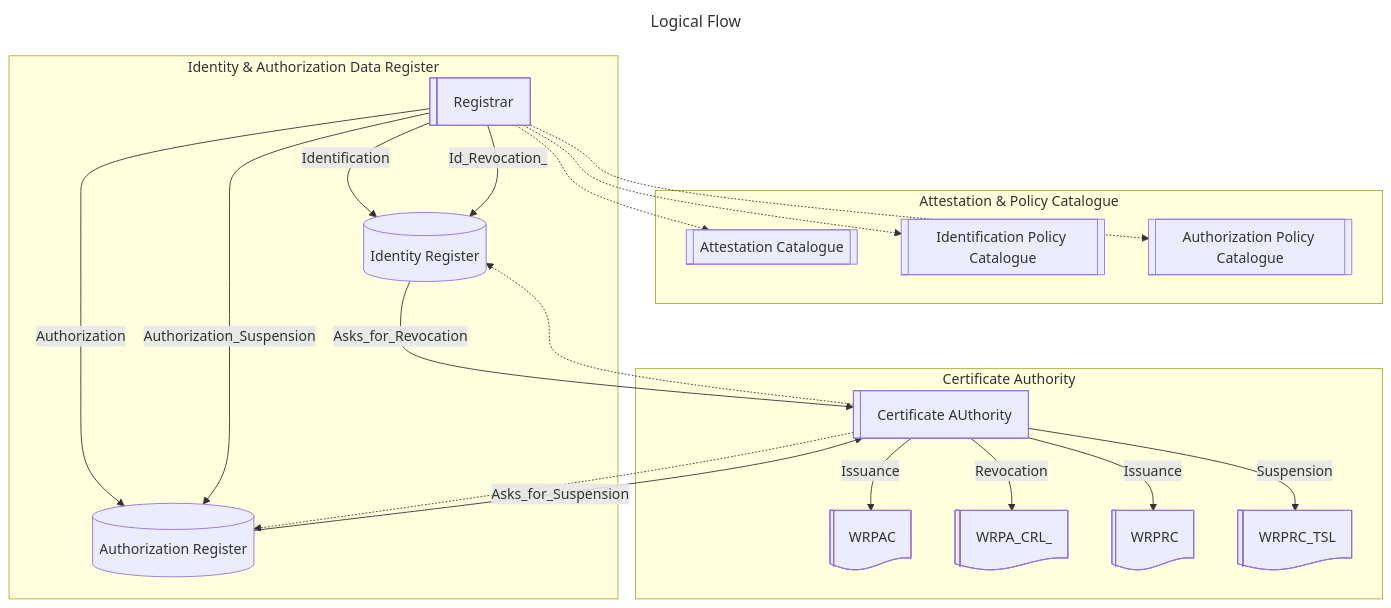
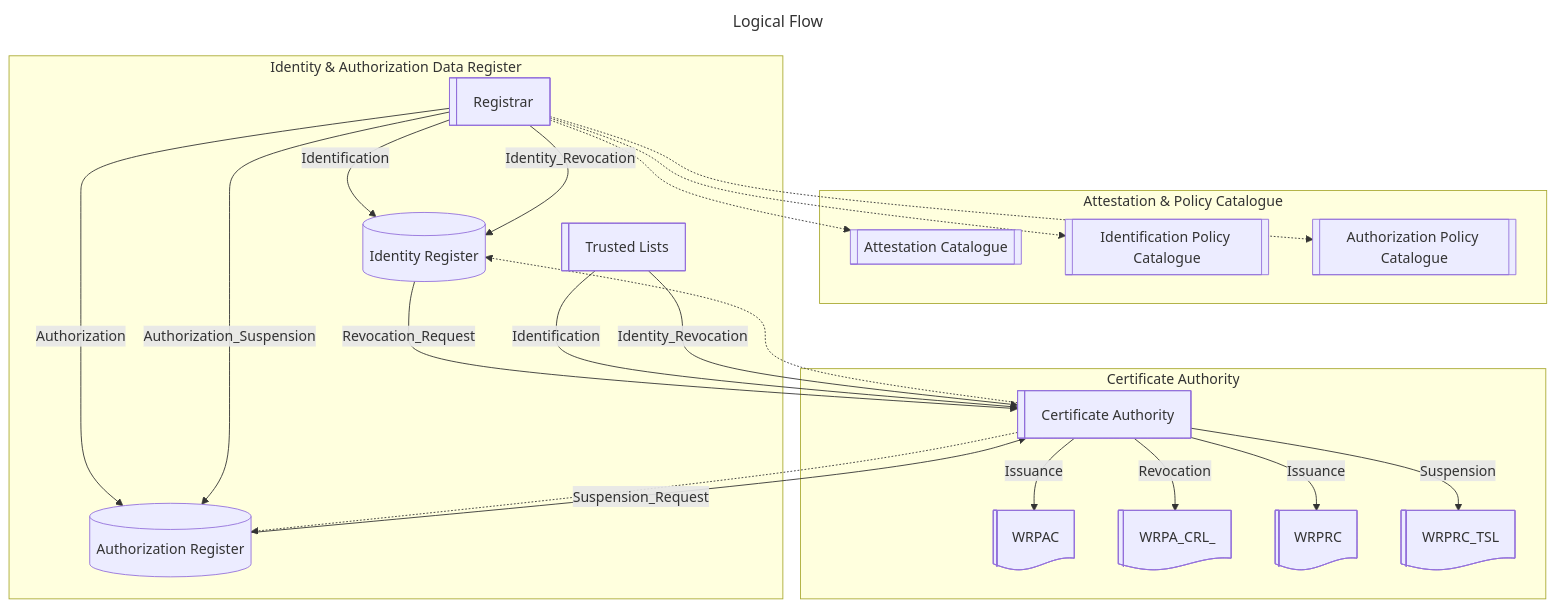
The second of 3 diagrams in topics/trust-management-process.md (APTITUDE-Consortium/wp2-trust-specifications), drawn with Mermaid before and after one commit. The commit also changed other lines of this file, not shown here.

````diff
--- a/topics/trust-management-process.md
+++ b/topics/trust-management-process.md
@@ -57,42 +57,45 @@
 ```mermaid graph
 ---
 title: Logical Flow
 ---
 flowchart TD 
 subgraph Cred_Def["Attestation & Policy Catalogue"]
         Cred[["Attestation Catalogue"]]
         IDPol[["Identification Policy Catalogue"]]
         CredPol[["Authorization Policy Catalogue"]]
 end
 subgraph Register["Identity & Authorization Data Register"]
         IDReg@{shape: cyl, label: "Identity Register" }
         AuthReg@{shape: cyl, label: "Authorization Register"}
         Registrar@{shape: lin-rect, label: "Registrar" }
+        TL@{shape: lin-rect, label: "Trusted Lists" }
 end
 subgraph C_A["Certificate Authority"]
         WRPAC@{ shape: lin-doc, label: "WRPAC" }
         WRPAC_CRL@{ shape: lin-doc, label: "WRPA_CRL_" }
         WRPRC@{ shape: lin-doc, label: "WRPRC" }
         WRPRC_TSL@{ shape: lin-doc, label: "WRPRC_TSL" }
-        CA@{shape: lin-rect, label: "Certificate AUthority" }
+        CA@{shape: lin-rect, label: "Certificate Authority" }
 end
 
     Registrar-->|Identification|IDReg
-    Registrar-->|Id_Revocation_|IDReg
+    Registrar-->|Identity_Revocation|IDReg
     Registrar-.->IDPol
 
     Registrar-.->Cred
     Registrar-.->CredPol
     Registrar-->|Authorization|AuthReg
     Registrar-->|Authorization_Suspension|AuthReg
-    AuthReg-->|Asks_for_Suspension|CA
-    IDReg-->|Asks_for_Revocation|CA
+    AuthReg-->|Suspension_Request|CA
+    IDReg-->|Revocation_Request|CA
+    TL-->|Identification|CA
+    TL-->|Identity_Revocation|CA
 
     CA-.->IDReg
     CA-->|Issuance|WRPAC
     CA-->|Revocation|WRPAC_CRL
     CA-->|Suspension|WRPRC_TSL
     CA-.->AuthReg
     CA-->|Issuance|WRPRC
 
 ```
````
